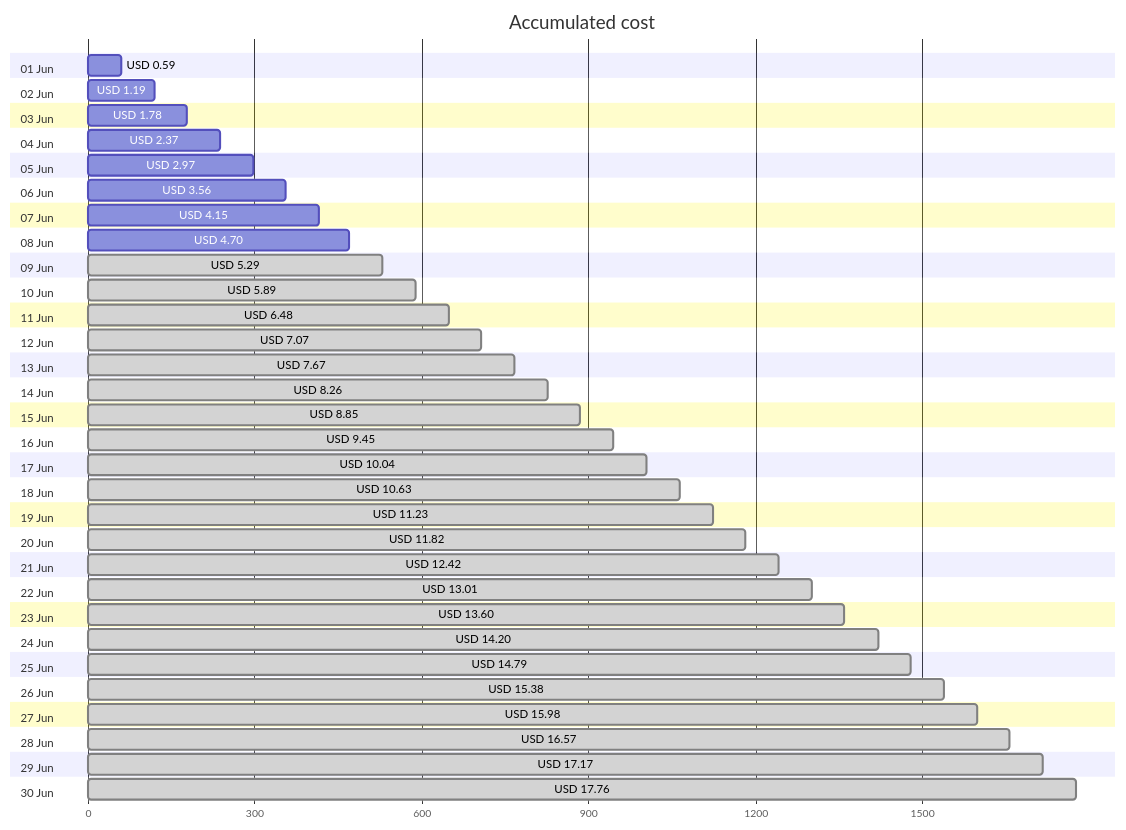
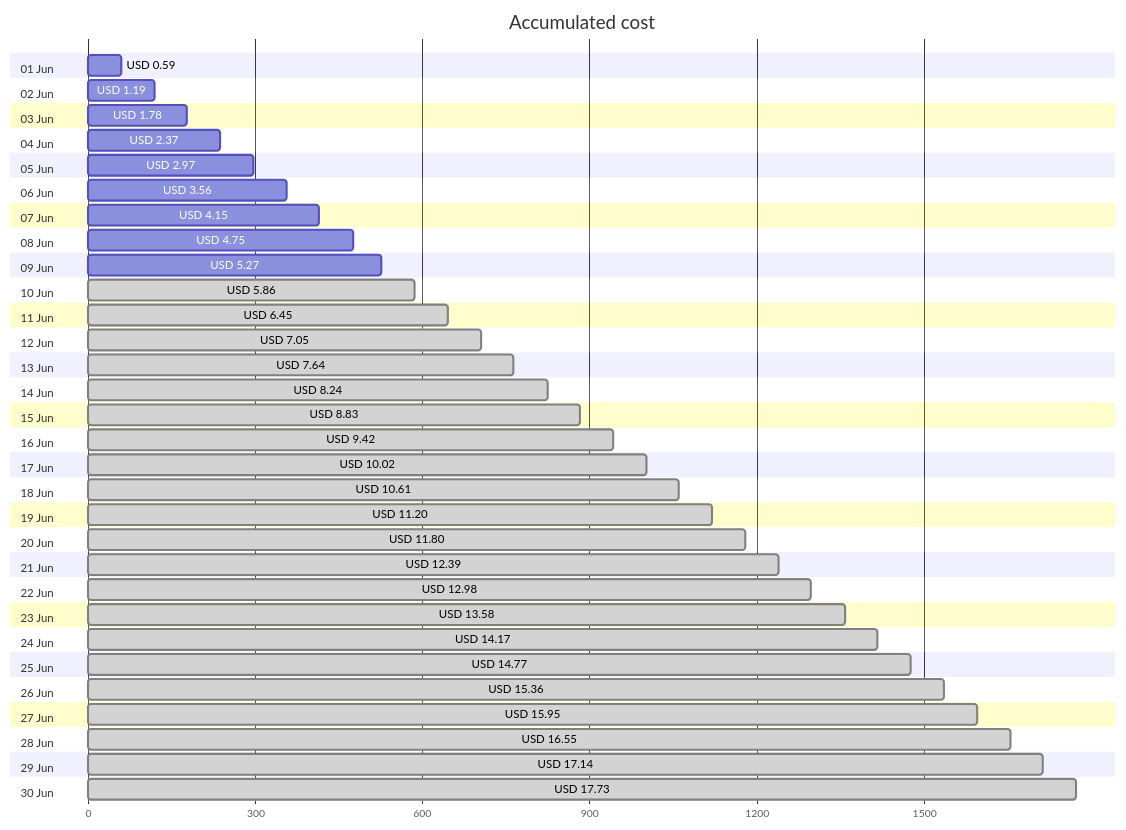
One commit to jpfulton/azure-personal-reports changed the first of 4 diagrams in cost-reports/personal-site/README.md. Above: the diagram before and after it, drawn with Mermaid. The commit also changed other lines of this file and 6 other files, not shown here.

````diff
--- a/cost-reports/personal-site/README.md
+++ b/cost-reports/personal-site/README.md
@@ -20,66 +20,66 @@
 ```mermaid
 gantt
    title Accumulated cost
    dateFormat  X
    axisFormat %s
    section 01 Jun
    USD 0.59 :0, 59
    section 02 Jun
    USD 1.19 :0, 119
    section 03 Jun
    USD 1.78 :0, 178
    section 04 Jun
    USD 2.37 :0, 237
    section 05 Jun
    USD 2.97 :0, 297
    section 06 Jun
    USD 3.56 :0, 356
    section 07 Jun
    USD 4.15 :0, 415
    section 08 Jun
-   USD 4.70 :0, 470
+   USD 4.75 :0, 475
    section 09 Jun
-   USD 5.29 : done, 0, 529
+   USD 5.27 :0, 527
    section 10 Jun
-   USD 5.89 : done, 0, 589
+   USD 5.86 : done, 0, 586
    section 11 Jun
-   USD 6.48 : done, 0, 648
+   USD 6.45 : done, 0, 645
    section 12 Jun
-   USD 7.07 : done, 0, 707
+   USD 7.05 : done, 0, 705
    section 13 Jun
-   USD 7.67 : done, 0, 767
+   USD 7.64 : done, 0, 764
    section 14 Jun
-   USD 8.26 : done, 0, 826
+   USD 8.24 : done, 0, 824
    section 15 Jun
-   USD 8.85 : done, 0, 885
+   USD 8.83 : done, 0, 883
    section 16 Jun
-   USD 9.45 : done, 0, 945
+   USD 9.42 : done, 0, 942
    section 17 Jun
-   USD 10.04 : done, 0, 1004
+   USD 10.02 : done, 0, 1002
    section 18 Jun
-   USD 10.63 : done, 0, 1063
+   USD 10.61 : done, 0, 1061
    section 19 Jun
-   USD 11.23 : done, 0, 1123
+   USD 11.20 : done, 0, 1120
    section 20 Jun
-   USD 11.82 : done, 0, 1182
+   USD 11.80 : done, 0, 1180
    section 21 Jun
-   USD 12.42 : done, 0, 1242
+   USD 12.39 : done, 0, 1239
    section 22 Jun
-   USD 13.01 : done, 0, 1301
+   USD 12.98 : done, 0, 1298
    section 23 Jun
-   USD 13.60 : done, 0, 1360
+   USD 13.58 : done, 0, 1358
    section 24 Jun
-   USD 14.20 : done, 0, 1420
+   USD 14.17 : done, 0, 1417
    section 25 Jun
-   USD 14.79 : done, 0, 1479
+   USD 14.77 : done, 0, 1477
    section 26 Jun
-   USD 15.38 : done, 0, 1538
+   USD 15.36 : done, 0, 1536
    section 27 Jun
-   USD 15.98 : done, 0, 1598
+   USD 15.95 : done, 0, 1595
    section 28 Jun
-   USD 16.57 : done, 0, 1657
+   USD 16.55 : done, 0, 1655
    section 29 Jun
-   USD 17.17 : done, 0, 1717
+   USD 17.14 : done, 0, 1714
    section 30 Jun
-   USD 17.76 : done, 0, 1776
+   USD 17.73 : done, 0, 1773
 ```
````
